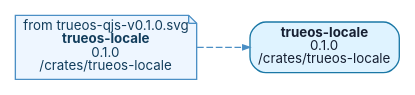
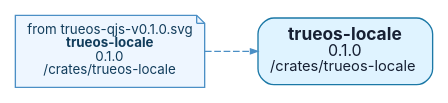
Before and after one commit to t4ce/TRUEOS: the diagram in tools/depgraph/by-root/trueos-locale-v0.1.0.dot, drawn with Graphviz. The commit also changed 162 other files, not shown here.

```diff
--- a/tools/depgraph/by-root/trueos-locale-v0.1.0.dot
+++ b/tools/depgraph/by-root/trueos-locale-v0.1.0.dot
@@ -1,10 +1,10 @@
 digraph "trueos-locale-v0.1.0" {
   graph [rankdir=LR, bgcolor="white", overlap=false, splines=true, nodesep=0.35, ranksep=0.55];
-  node [shape=box, style="rounded,filled", fontname="Inter,Arial", fontsize=10, margin="0.08,0.05", color="#8b9bb0", fillcolor="#f7f9fb", fontcolor="#172033"];
+  node [shape=box, style="rounded,filled", fontname="Inter,Arial", fontsize=10, margin="0.13,0.10", color="#8b9bb0", fillcolor="#f7f9fb", fontcolor="#172033"];
   edge [color="#9aa8b8", arrowsize=0.55, penwidth=0.9];
-  n0 [label=<<B>trueos-locale</B><BR/>0.1.0<BR/>/crates/trueos-locale>, fillcolor="#dff3ff", color="#1b78a6"];
+  n0 [label=<<FONT POINT-SIZE="13"><B>trueos-locale</B></FONT><BR/><FONT POINT-SIZE="12">0.1.0</FONT><BR/><FONT POINT-SIZE="11">/crates/trueos-locale</FONT>>, fillcolor="#dff3ff", color="#1b78a6"];
   in0 [label=<from trueos-qjs-v0.1.0.svg<BR/><B>trueos-locale</B><BR/>0.1.0<BR/>/crates/trueos-locale>, shape=note, style="filled", fillcolor="#eef6ff", color="#4b8fc5", fontcolor="#123d5c"];
   in0 -> n0 [style=dashed, color="#4b8fc5"];
   // collapsed leaf ends: 0
   // centered two-input leaves: 0
 }
```
